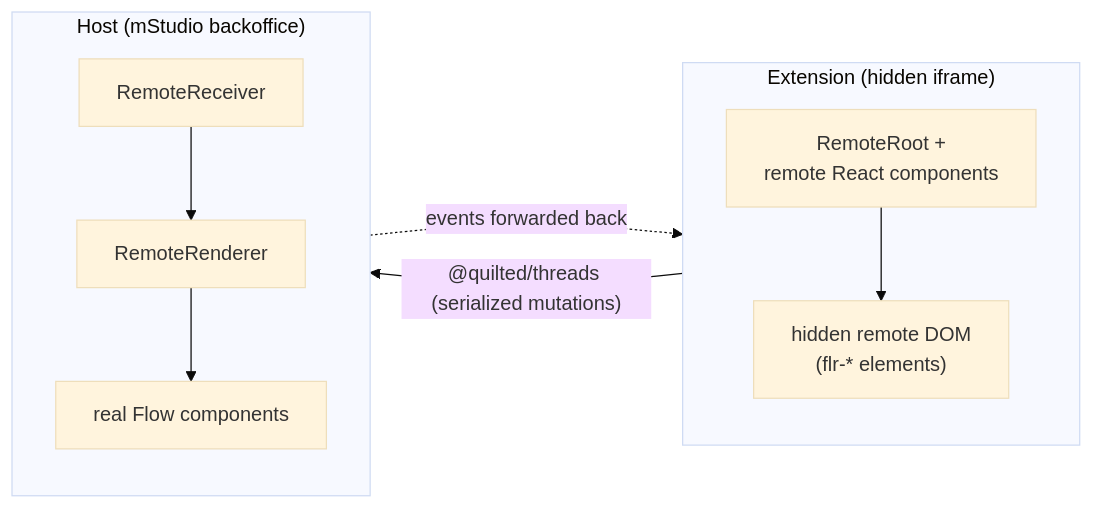
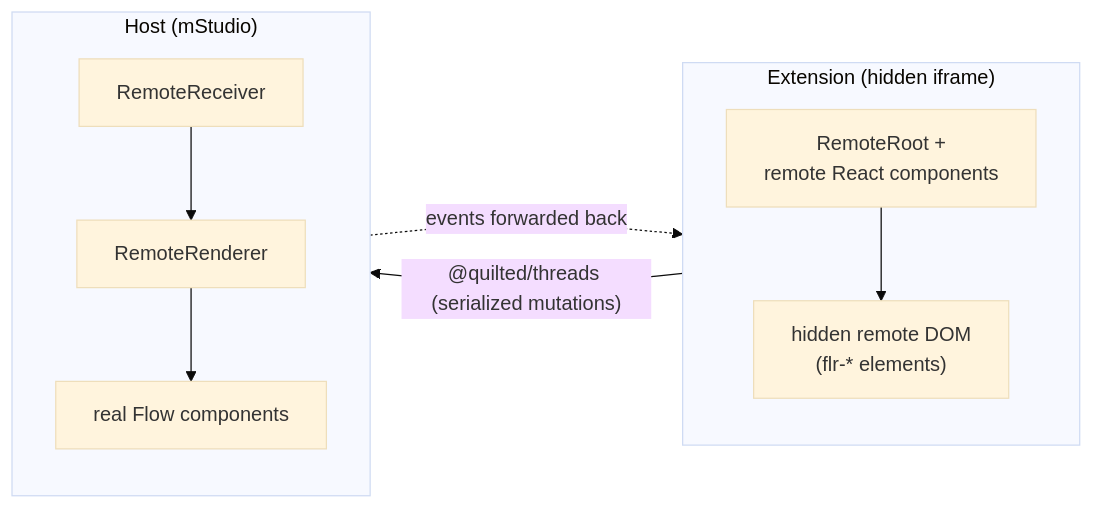
One commit to mittwald/flow changed the first of 2 diagrams in docs/remote-ui.md. Above: the diagram before and after it, drawn with Mermaid (base theme). The commit also changed other lines of this file, not shown here.

Commit message:
docs(remote-ui): address review — link file refs, unify host term, clean diagram

````diff
--- a/docs/remote-ui.md
+++ b/docs/remote-ui.md
@@ -51,18 +51,18 @@
 ```mermaid
 flowchart LR
   subgraph EXT["Extension (hidden iframe)"]
     direction TB
     RR["RemoteRoot +<br/>remote React components"]
     RDOM["hidden remote DOM<br/>(flr-* elements)"]
     RR --> RDOM
   end
-  subgraph HOST["Host (mStudio backoffice)"]
+  subgraph HOST["Host (mStudio)"]
     direction TB
     RECV["RemoteReceiver"]
     REND["RemoteRenderer"]
     FLOW["real Flow components"]
     RECV --> REND --> FLOW
   end
   RDOM -- "@quilted/threads (serialized mutations)" --> RECV
   HOST -. "events forwarded back" .-> EXT
 ```
````
